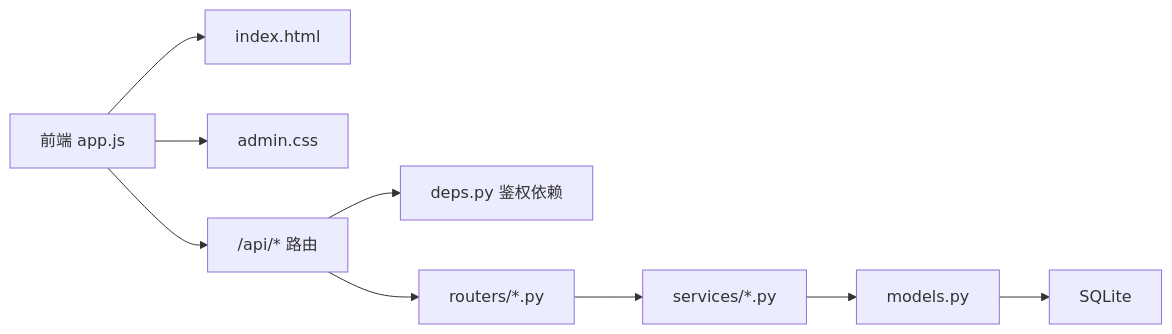
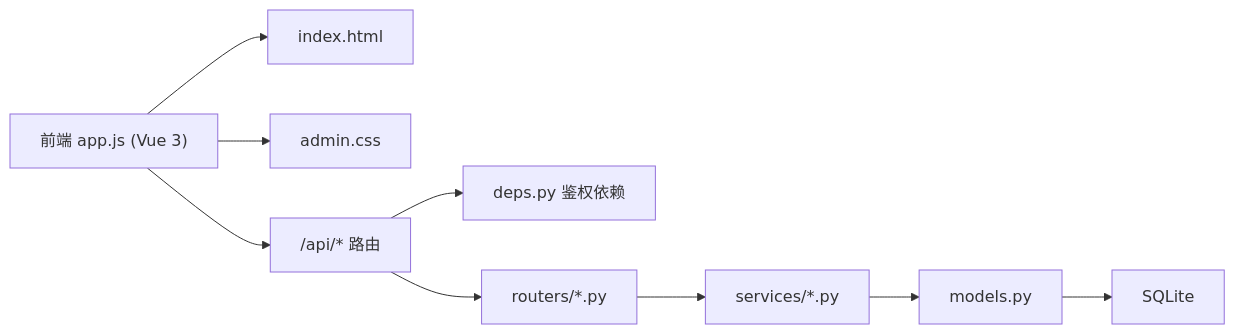
The eighth of 8 diagrams in .qoder/repowiki/zh/content/暑假作业打卡系统/前端应用设计/管理后台应用.md (onebody/homework), drawn with Mermaid before and after one commit. The commit also changed other lines of this file and 15 other files, not shown here.

````diff
--- a/.qoder/repowiki/zh/content/暑假作业打卡系统/前端应用设计/管理后台应用.md
+++ b/.qoder/repowiki/zh/content/暑假作业打卡系统/前端应用设计/管理后台应用.md
@@ -389,11 +488,11 @@
 ```mermaid
 graph LR
-FE["前端 app.js"] --> HTML["index.html"]
+FE["前端 app.js (Vue 3)"] --> HTML["index.html"]
 FE --> CSS["admin.css"]
 FE --> API["/api/* 路由"]
 API --> DEPS["deps.py 鉴权依赖"]
 API --> ROUTERS["routers/*.py"]
 ROUTERS --> SERVICES["services/*.py"]
 SERVICES --> MODELS["models.py"]
 MODELS --> DB["SQLite"]
 ```
````
